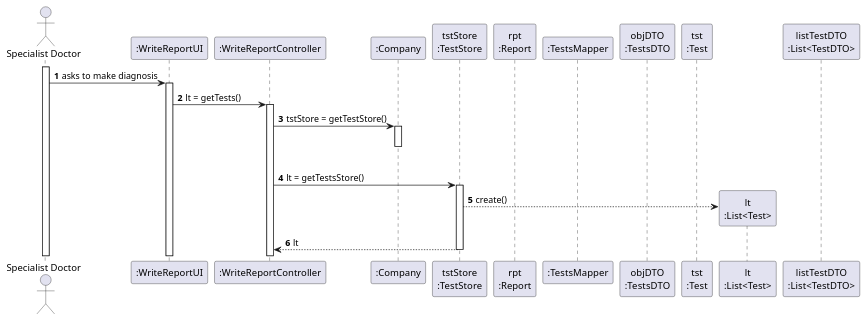
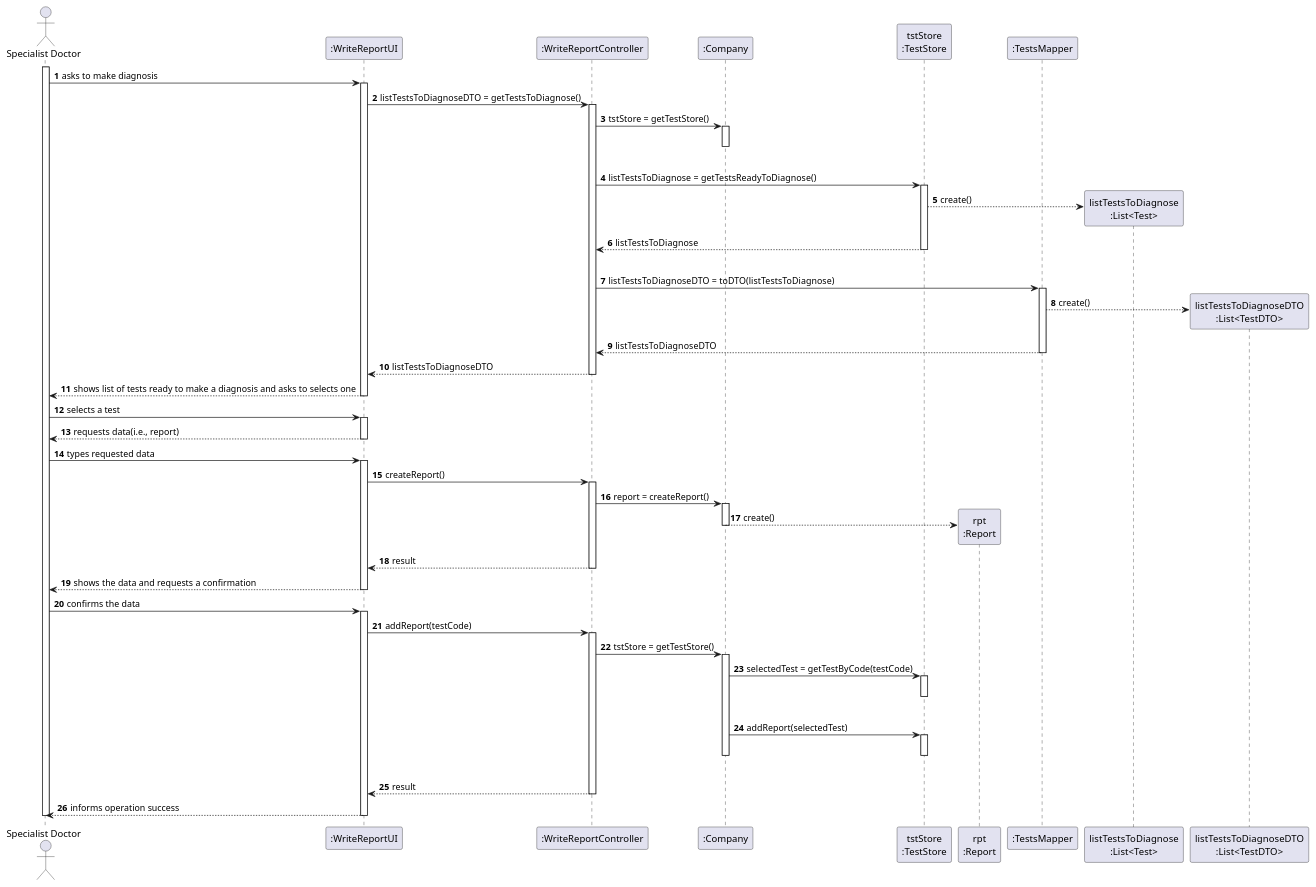
The diagram in docs/SprintC/US_14/US14_SD.puml (ana-albergaria/LAPR2-ISEP), drawn with PlantUML before and after one commit. The commit also changed 1 other file, not shown here.

```diff
--- a/docs/SprintC/US_14/US14_SD.puml
+++ b/docs/SprintC/US_14/US14_SD.puml
@@ -1,36 +1,104 @@
 @startuml
 autonumber
 actor "Specialist Doctor" as SPDT
 
 participant ":WriteReportUI" as UI
 participant ":WriteReportController" as CTRL
 participant ":Company" as CMP
 participant "tstStore\n:TestStore" as TSTSTORE
 participant "rpt\n:Report" as RPT
 participant ":TestsMapper" as TSTMAPPER
-participant "objDTO\n:TestsDTO" as OBJ_DTO
-participant "tst\n:Test" as TST
-participant "lt\n:List<Test>" as LT
-participant "listTestDTO\n:List<TestDTO>" as LIST_DTO
+'participant "objDTO\n:TestsDTO" as OBJ_DTO
+'participant "tst\n:Test" as TST
+participant "listTestsToDiagnose\n:List<Test>" as LT
+participant "listTestsToDiagnoseDTO\n:List<TestDTO>" as LIST_DTO
 
 activate SPDT
 SPDT -> UI : asks to make diagnosis
 activate UI
-UI -> CTRL : lt = getTests()
+UI -> CTRL : listTestsToDiagnoseDTO = getTestsToDiagnose()
 activate CTRL
 
 CTRL -> CMP : tstStore = getTestStore()
 activate CMP
 |||
 deactivate CMP
 
-CTRL -> TSTSTORE : lt = getTestsStore()
+CTRL -> TSTSTORE : listTestsToDiagnose = getTestsReadyToDiagnose()
 activate TSTSTORE
 
 TSTSTORE --> LT** : create()
-TSTSTORE --> CTRL : lt
+TSTSTORE --> CTRL : listTestsToDiagnose
+deactivate TSTSTORE
+|||
+
+CTRL -> TSTMAPPER : listTestsToDiagnoseDTO = toDTO(listTestsToDiagnose)
+activate TSTMAPPER
+
+TSTMAPPER --> LIST_DTO** : create()
+
+TSTMAPPER --> CTRL : listTestsToDiagnoseDTO
+deactivate TSTMAPPER
+
+CTRL --> UI : listTestsToDiagnoseDTO
+deactivate CTRL
+
+UI --> SPDT : shows list of tests ready to make a diagnosis and asks to selects one
+deactivate UI
+
+'spdt writes the test code in the UI
+'it uses the test code when adding the report
+
+SPDT -> UI : selects a test
+activate UI
+
+UI --> SPDT : requests data(i.e., report)
+deactivate UI
+
+SPDT -> UI : types requested data
+activate UI
+
+UI -> CTRL : createReport()
+activate CTRL
+
+CTRL -> CMP : report = createReport()
+activate CMP
+
+CMP --> RPT** : create()
+deactivate CMP
+
+CTRL --> UI : result
+deactivate CTRL
+UI --> SPDT : shows the data and requests a confirmation
+deactivate UI
+
+SPDT -> UI : confirms the data
+activate UI
+
+UI -> CTRL : addReport(testCode)
+activate CTRL
+
+CTRL -> CMP : tstStore = getTestStore()
+activate CMP
+
+CMP -> TSTSTORE : selectedTest = getTestByCode(testCode)
+activate TSTSTORE
+|||
 deactivate TSTSTORE
 
+CMP -> TSTSTORE : addReport(selectedTest)
+activate TSTSTORE
+|||
+deactivate TSTSTORE
 
+deactivate CMP
+
+CTRL --> UI : result
+deactivate CMP
+deactivate CTRL
+
+UI --> SPDT : informs operation success
+deactivate UI
+deactivate SPDT
 
 @enduml
```
